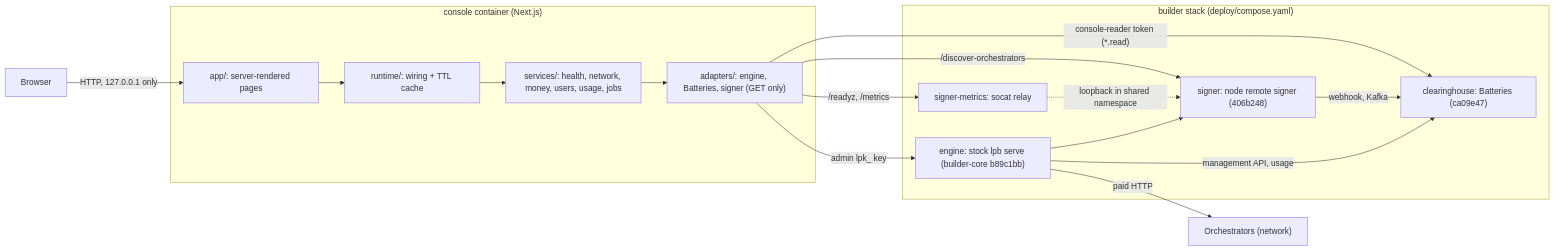
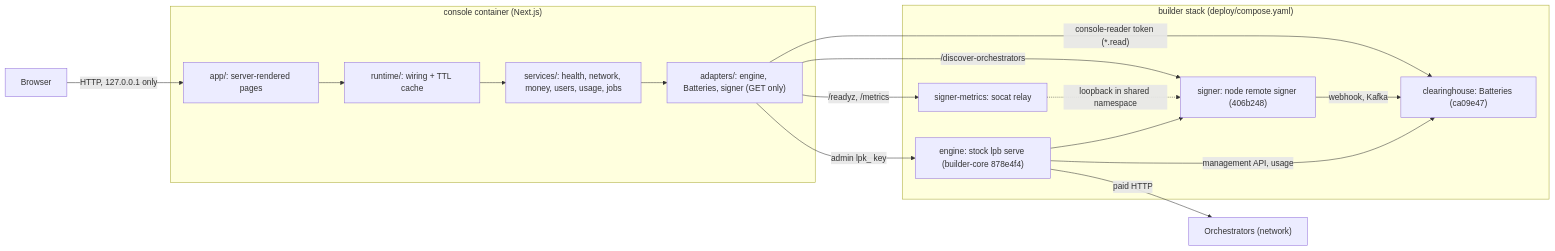
Before and after one commit to NE-Build-Track/builder-core-console: the first of 2 diagrams in ARCHITECTURE.md, drawn with Mermaid. The commit also changed 7 other files, not shown here.

First line of the commit message:
Re-pin the engine to builder-core 878e4f4, the merge of PR #42

````diff
--- a/ARCHITECTURE.md
+++ b/ARCHITECTURE.md
@@ -9,25 +9,25 @@
 ```mermaid
 flowchart LR
     Browser["Browser"]
     subgraph Console["console container (Next.js)"]
         Pages["app/: server-rendered pages"]
         RT["runtime/: wiring + TTL cache"]
         SVC["services/: health, network, money, users, usage, jobs"]
         AD["adapters/: engine, Batteries, signer (GET only)"]
     end
     subgraph Stack["builder stack (deploy/compose.yaml)"]
-        Engine["engine: stock lpb serve (builder-core b89c1bb)"]
+        Engine["engine: stock lpb serve (builder-core 878e4f4)"]
         Bat["clearinghouse: Batteries (ca09e47)"]
         Signer["signer: node remote signer (406b248)"]
         Relay["signer-metrics: socat relay"]
     end
     Orch["Orchestrators (network)"]
     Browser -->|"HTTP, 127.0.0.1 only"| Pages --> RT --> SVC --> AD
     AD -->|"admin lpk_ key"| Engine
     AD -->|"console-reader token (*.read)"| Bat
     AD -->|"/discover-orchestrators"| Signer
     AD -->|"/readyz, /metrics"| Relay -.->|"loopback in shared namespace"| Signer
     Engine --> Signer -->|"webhook, Kafka"| Bat
     Engine -->|"paid HTTP"| Orch
     Engine -->|"management API, usage"| Bat
 ```
````
